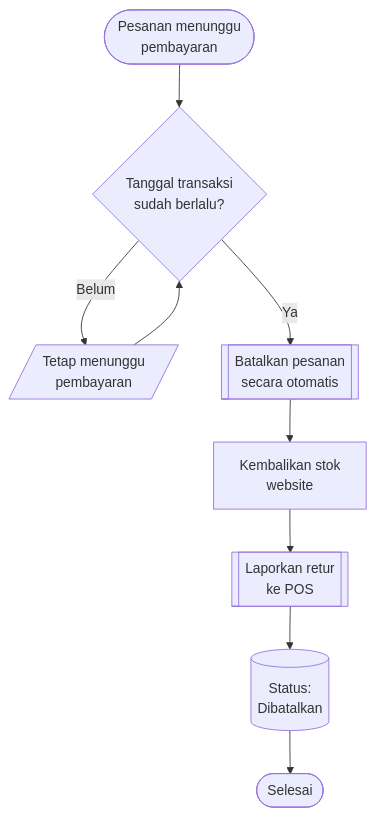
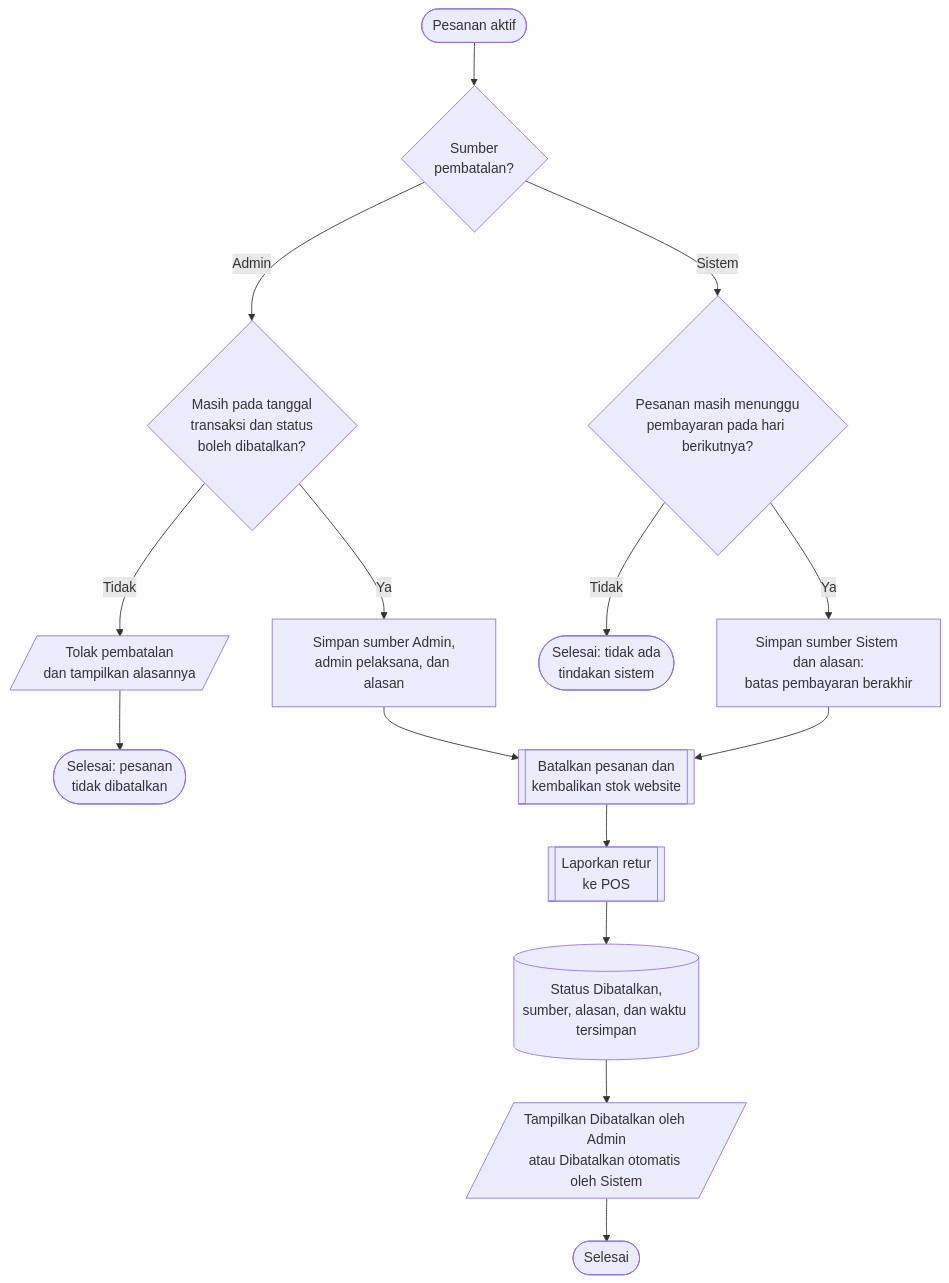
Before and after one commit to Webekspres/pixel-komunika: the fourth of 5 diagrams in docs/client/DOKUMEN_REVIEW_DAN_PERSETUJUAN_KLIEN.md, drawn with Mermaid. The commit also changed other lines of this file and 7 other files, not shown here.

````diff
--- a/docs/client/DOKUMEN_REVIEW_DAN_PERSETUJUAN_KLIEN.md
+++ b/docs/client/DOKUMEN_REVIEW_DAN_PERSETUJUAN_KLIEN.md
@@ -258,11 +261,17 @@
 ```mermaid
 flowchart TD
-    A(["Pesanan menunggu<br/>pembayaran"]) --> B{"Tanggal transaksi<br/>sudah berlalu?"}
-    B -->|Belum| C[/"Tetap menunggu<br/>pembayaran"/]
-    C --> B
-    B -->|Ya| D[["Batalkan pesanan<br/>secara otomatis"]]
-    D --> E["Kembalikan stok<br/>website"]
-    E --> F[["Laporkan retur<br/>ke POS"]]
-    F --> G[("Status:<br/>Dibatalkan")]
-    G --> H(["Selesai"])
+    A(["Pesanan aktif"]) --> B{"Sumber<br/>pembatalan?"}
+    B -->|Admin| C{"Masih pada tanggal<br/>transaksi dan status<br/>boleh dibatalkan?"}
+    C -->|Tidak| D[/"Tolak pembatalan<br/>dan tampilkan alasannya"/]
+    D --> E(["Selesai: pesanan<br/>tidak dibatalkan"])
+    C -->|Ya| F["Simpan sumber Admin,<br/>admin pelaksana, dan alasan"]
+    B -->|Sistem| G{"Pesanan masih menunggu<br/>pembayaran pada hari berikutnya?"}
+    G -->|Tidak| H(["Selesai: tidak ada<br/>tindakan sistem"])
+    G -->|Ya| I["Simpan sumber Sistem dan alasan:<br/>batas pembayaran berakhir"]
+    F --> J[["Batalkan pesanan dan<br/>kembalikan stok website"]]
+    I --> J
+    J --> K[["Laporkan retur<br/>ke POS"]]
+    K --> L[("Status Dibatalkan,<br/>sumber, alasan, dan waktu tersimpan")]
+    L --> M[/"Tampilkan Dibatalkan oleh Admin<br/>atau Dibatalkan otomatis oleh Sistem"/]
+    M --> N(["Selesai"])
 ```
````
